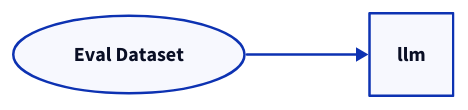
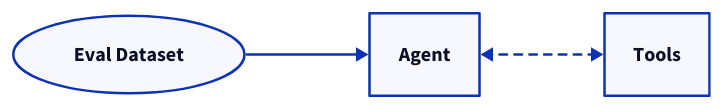
The diagram in docs/src/content/docs/examples/End_to_End/3_simple_tool_evaluation.mdx (relari-ai/continuous-eval), drawn with D2 before and after one commit. The commit also changed 8 other files, not shown here.

````diff
--- a/docs/src/content/docs/examples/End_to_End/3_simple_tool_evaluation.mdx
+++ b/docs/src/content/docs/examples/End_to_End/3_simple_tool_evaluation.mdx
@@ -9,7 +9,10 @@
 ```d2
 direction: right
 Dataset: Eval Dataset
 Dataset.shape: oval
 direction: right
-Dataset -> llm
+Dataset -> Agent
+Agent <--> Tools {
+    style.stroke-dash: 3
+  }
 ```
````
